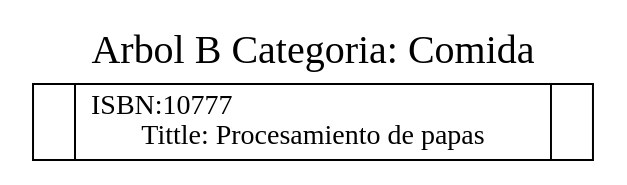
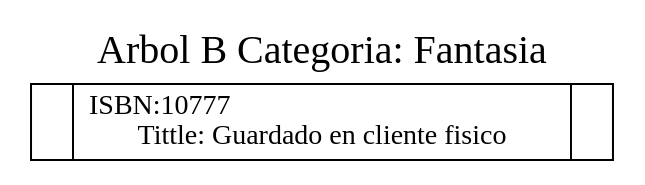
One commit to elJuanjoRamos/EDD_1S2020_PY2_201801262 changed the diagram in EDD_Proyecto2/BTree.dot. Above: the diagram before and after it, drawn with Graphviz. The commit also changed 89 other files, not shown here.

```diff
--- a/EDD_Proyecto2/BTree.dot
+++ b/EDD_Proyecto2/BTree.dot
@@ -1,4 +1,4 @@
 digraph g { 
- graph[label="Arbol B Categoria: Comida", labelloc=t, fontsize=20, compound=true]; node [shape=record];
-Nodo305804[label="<P0>| ISBN:10777\lTittle: Procesamiento de papas|<P1>"];
+ graph[label="Arbol B Categoria: Fantasia", labelloc=t, fontsize=20, compound=true]; node [shape=record];
+Nodo1421237063[label="<P0>| ISBN:10777\lTittle: Guardado en cliente fisico|<P1>"];
 }
```
